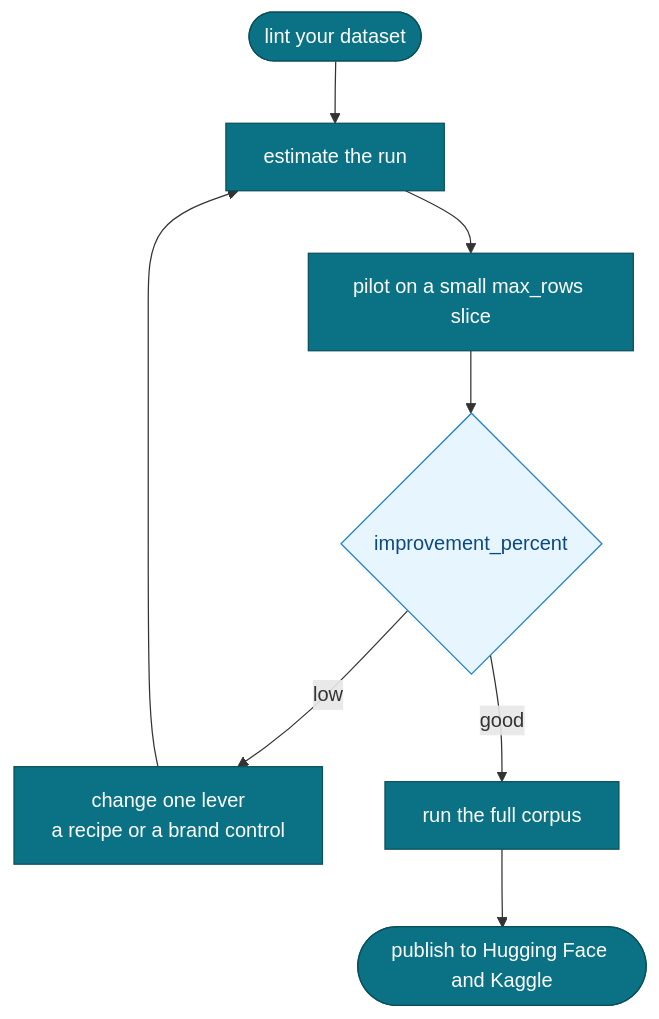
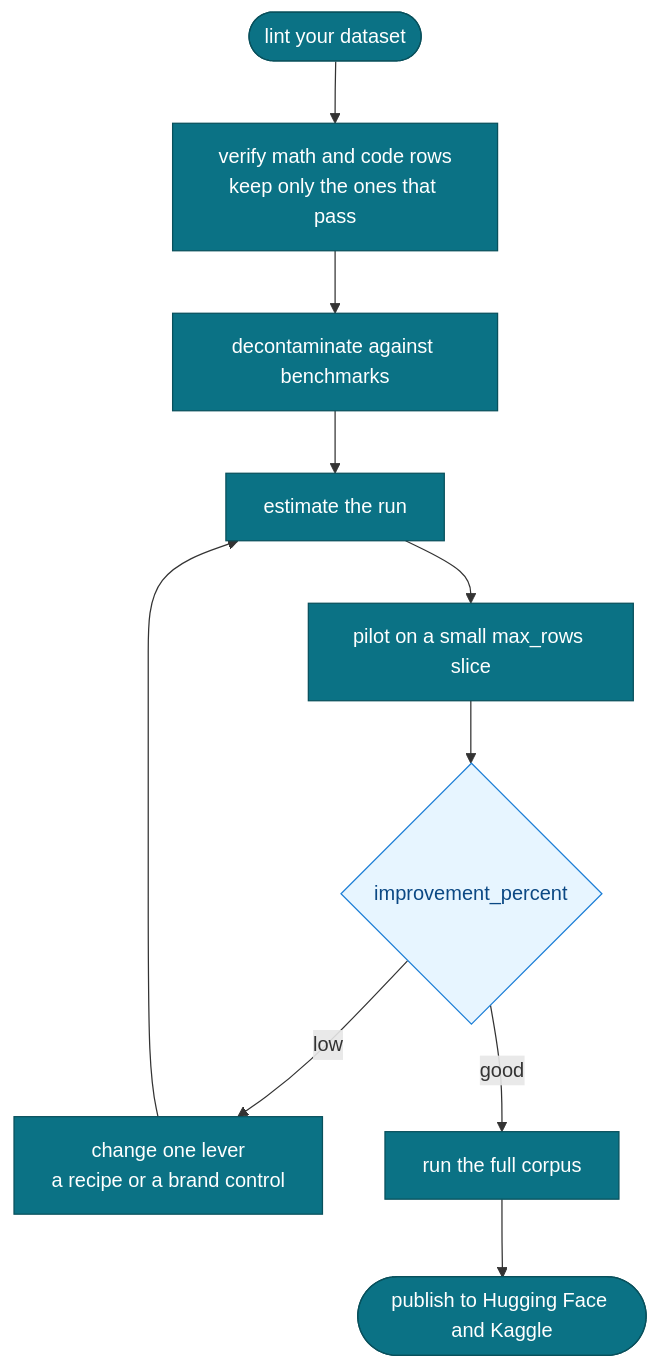
One commit to A1VARA5/adaption-devkit changed the diagram in graphics/credit-safe-run.md. Above: the diagram before and after it, drawn with Mermaid. The commit also changed 11 other files, not shown here.

First line of the commit message:
Add verify and decontaminate commands to cut wasted credits

````diff
--- a/graphics/credit-safe-run.md
+++ b/graphics/credit-safe-run.md
@@ -7,14 +7,16 @@
 ```mermaid
 flowchart TD
-    A([lint your dataset]) --> B[estimate the run]
+    A([lint your dataset]) --> V[verify math and code rows<br/>keep only the ones that pass]
+    V --> X[decontaminate against benchmarks]
+    X --> B[estimate the run]
     B --> C[pilot on a small max_rows slice]
     C --> D{improvement_percent}
     D -- low --> E[change one lever<br/>a recipe or a brand control]
     E --> B
     D -- good --> F[run the full corpus]
     F --> G([publish to Hugging Face and Kaggle])
     classDef step fill:#0b7285,stroke:#08505c,color:#ffffff;
     classDef gate fill:#e7f5ff,stroke:#1c7ed6,color:#0b4884;
-    class A,B,C,E,F,G step;
+    class A,V,X,B,C,E,F,G step;
     class D gate;
 ```
````
